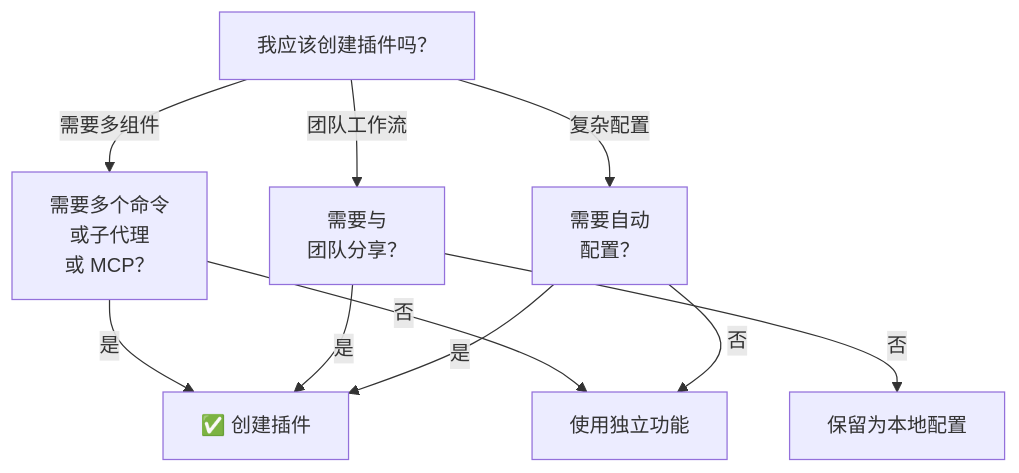
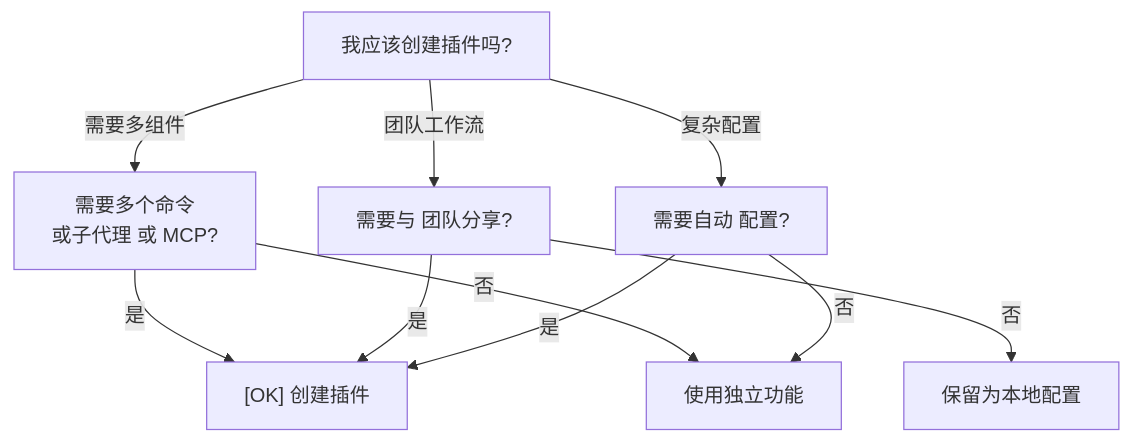
The fifth of 5 diagrams in 07-plugins/README.md (Rx782-Fss/claude-howto-zh), drawn with Mermaid before and after one commit. The commit also changed other lines of this file and 5 other files, not shown here.

Commit message:
fix: Mermaid 内全角括号/问号/emoji/<br/> 改为半角ASCII避免 GitHub 渲染失败

````diff
--- a/07-plugins/README.md
+++ b/07-plugins/README.md
@@ -639,13 +639,13 @@
 ```mermaid
 graph TD
-    A["我应该创建插件吗？"]
-    A -->|需要多组件| B["需要多个命令<br/>或子代理<br/>或 MCP？"]
-    B -->|是| C["✅ 创建插件"]
+    A["我应该创建插件吗?"]
+    A -->|需要多组件| B["需要多个命令<br/>或子代理 或 MCP?"]
+    B -->|是| C["[OK] 创建插件"]
     B -->|否| D["使用独立功能"]
-    A -->|团队工作流| E["需要与<br/>团队分享？"]
+    A -->|团队工作流| E["需要与 团队分享?"]
     E -->|是| C
     E -->|否| F["保留为本地配置"]
-    A -->|复杂配置| G["需要自动<br/>配置？"]
+    A -->|复杂配置| G["需要自动 配置?"]
     G -->|是| C
     G -->|否| D
 ```
````
